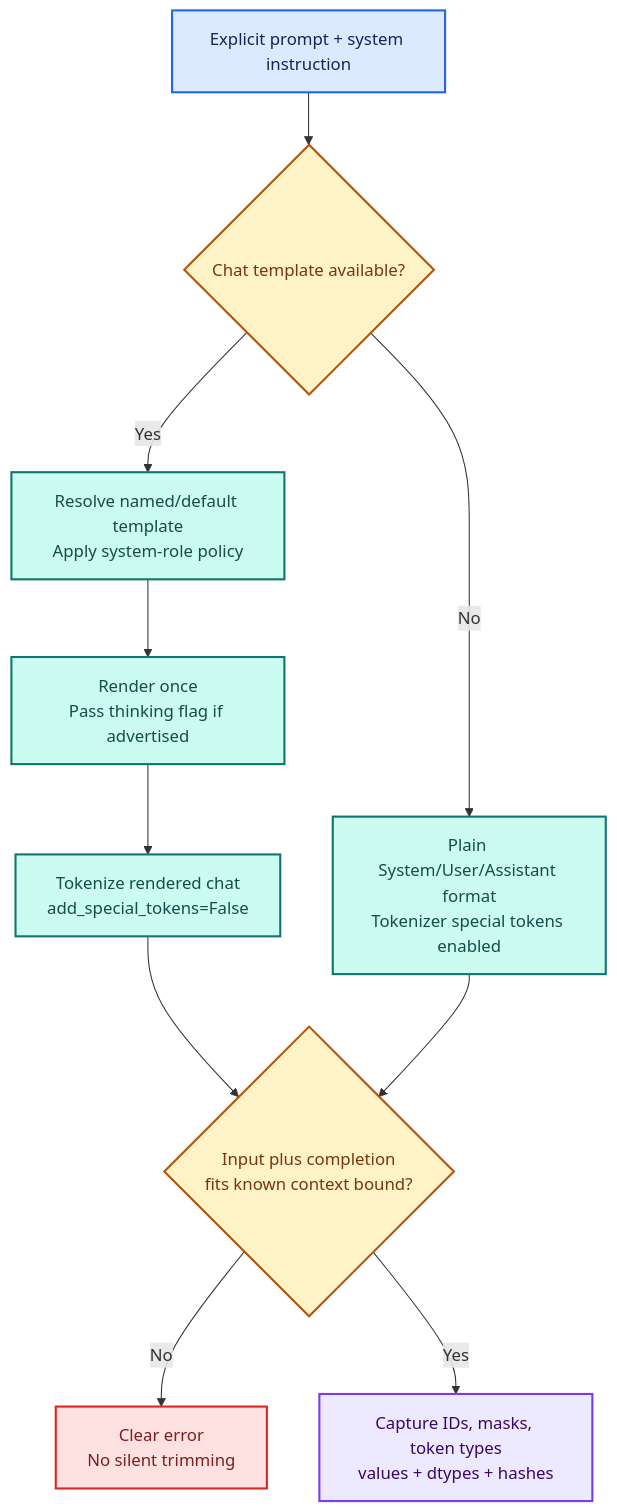
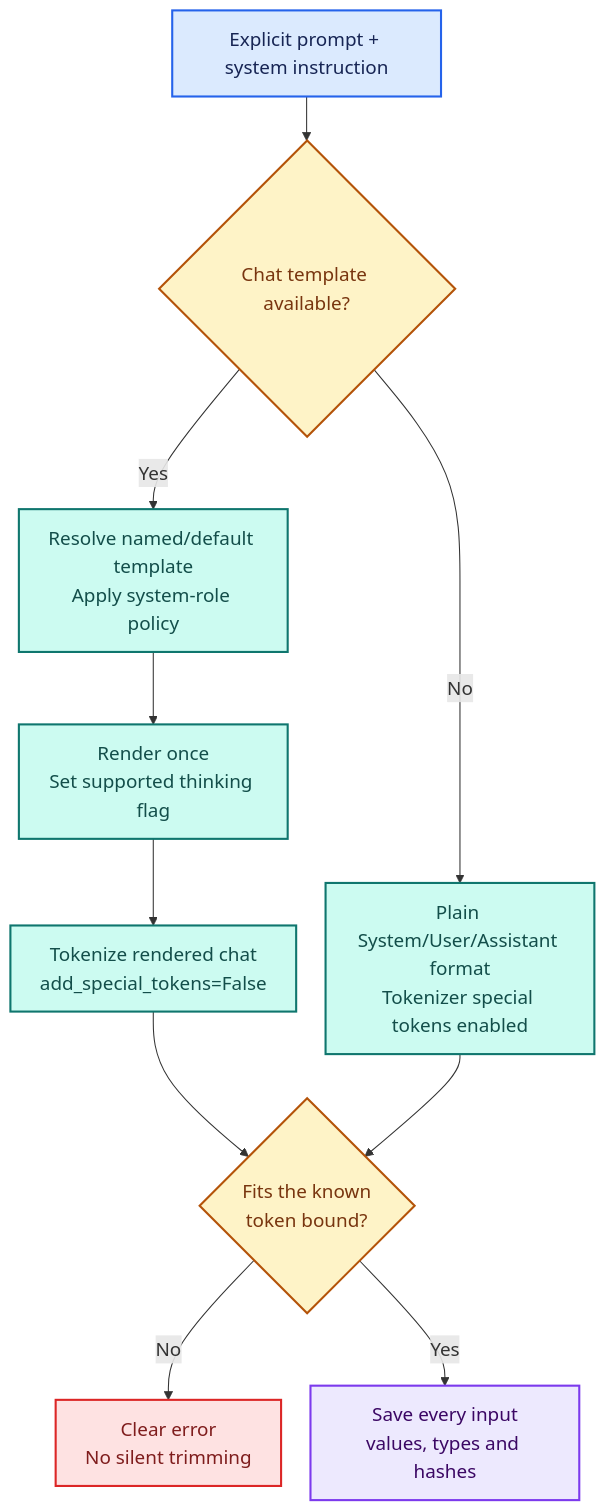
One commit to djayuffe/neuron-steer changed the second of 5 diagrams in design.md. Above: the diagram before and after it, drawn with Mermaid. The commit also changed other lines of this file and 6 other files, not shown here.

Commit message:
Improve reading paths, diagram typography and ELI5 concept explanations

````diff
--- a/design.md
+++ b/design.md
@@ -116,20 +146,32 @@
 ```mermaid
+---
+config:
+  fontFamily: Arial, Helvetica, sans-serif
+  fontSize: 18
+  themeVariables:
+    fontFamily: Arial, Helvetica, sans-serif
+    fontSize: 18px
+  flowchart:
+    nodeSpacing: 28
+    rankSpacing: 42
+    padding: 14
+---
 flowchart TB
   accTitle: Prompt preparation preserves actual model inputs
   accDescr: Resolve a template and role policy, render once, tokenize with the appropriate special-token setting, check context, and preserve every model input.
-P["Explicit prompt + system instruction"]:::input --> T{"Chat template available?"}:::choice
+  P["Explicit prompt + system instruction"]:::input --> T{"Chat template available?"}:::choice
   T -- "Yes" --> N["Resolve named/default template<br/>Apply system-role policy"]:::local
-  N --> R["Render once<br/>Pass thinking flag if advertised"]:::local
+  N --> R["Render once<br/>Set supported thinking flag"]:::local
   R --> C["Tokenize rendered chat<br/>add_special_tokens=False"]:::local
   T -- "No" --> F["Plain System/User/Assistant format<br/>Tokenizer special tokens enabled"]:::local
-  C --> B{"Input plus completion<br/>fits known context bound?"}:::choice
+  C --> B{"Fits the known<br/>token bound?"}:::choice
   F --> B
   B -- "No" --> X["Clear error<br/>No silent trimming"]:::limit
-  B -- "Yes" --> M["Capture IDs, masks, token types<br/>values + dtypes + hashes"]:::evidence
+  B -- "Yes" --> M["Save every input<br/>values, types and hashes"]:::evidence
   classDef input fill:#DBEAFE,stroke:#2563EB,color:#172554,stroke-width:2px;
   classDef local fill:#CCFBF1,stroke:#0F766E,color:#134E4A,stroke-width:2px;
   classDef choice fill:#FEF3C7,stroke:#B45309,color:#78350F,stroke-width:2px;
   classDef evidence fill:#EDE9FE,stroke:#7C3AED,color:#3B0764,stroke-width:2px;
   classDef remote fill:#FCE7F3,stroke:#BE185D,color:#831843,stroke-width:2px;
   classDef limit fill:#FEE2E2,stroke:#DC2626,color:#7F1D1D,stroke-width:2px;
 ```
````
